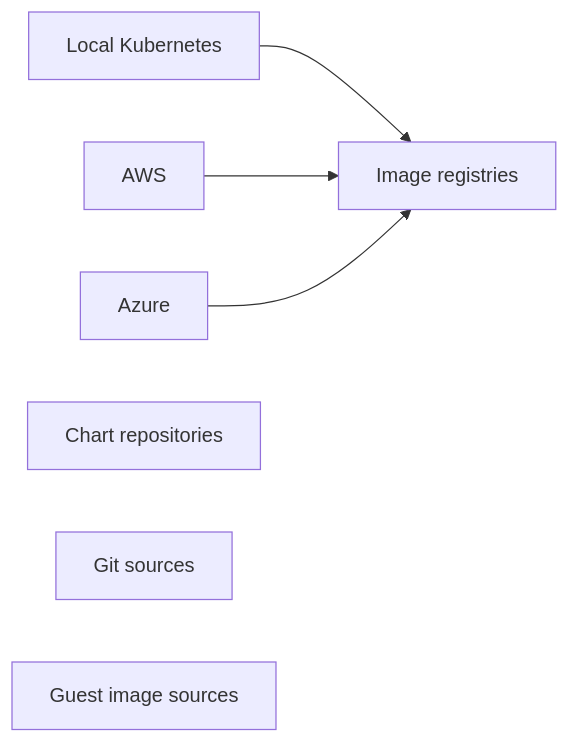
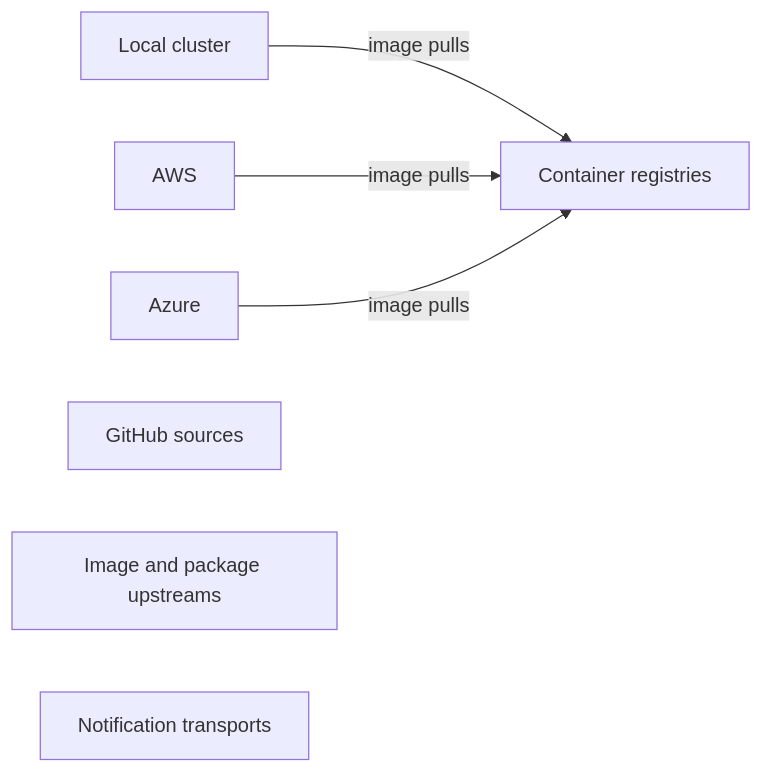
One commit to alissonsol/yuruna changed the seventh of 7 diagrams in docs/design/02-component-breakdown.md. Above: the diagram before and after it, drawn with Mermaid. The commit also changed other lines of this file and 1383 other files, not shown here.

````diff
--- a/docs/design/02-component-breakdown.md
+++ b/docs/design/02-component-breakdown.md
@@ -246,13 +226,13 @@
 ```mermaid
 flowchart LR
-    global-resources-localhost["Local Kubernetes"]
-    global-resources-aws["AWS"]
-    global-resources-azure["Azure"]
-    yuruna-component-registry["Image registries"]
-    yuruna-workload["Chart repositories"]
-    yuruna-github-source["Git sources"]
-    yuruna-image["Guest image sources"]
-    global-resources-localhost --> yuruna-component-registry
-    global-resources-aws --> yuruna-component-registry
-    global-resources-azure --> yuruna-component-registry
+    localhost["Local cluster"]
+    aws["AWS"]
+    azure["Azure"]
+    yuruna-credentialprovider-psm1["Container registries"]
+    yuruna-githubsource-psm1["GitHub sources"]
+    yuruna-hostdownload-psm1["Image and package upstreams"]
+    notification["Notification transports"]
+    localhost -->|image pulls| yuruna-credentialprovider-psm1
+    aws -->|image pulls| yuruna-credentialprovider-psm1
+    azure -->|image pulls| yuruna-credentialprovider-psm1
 ```
````
